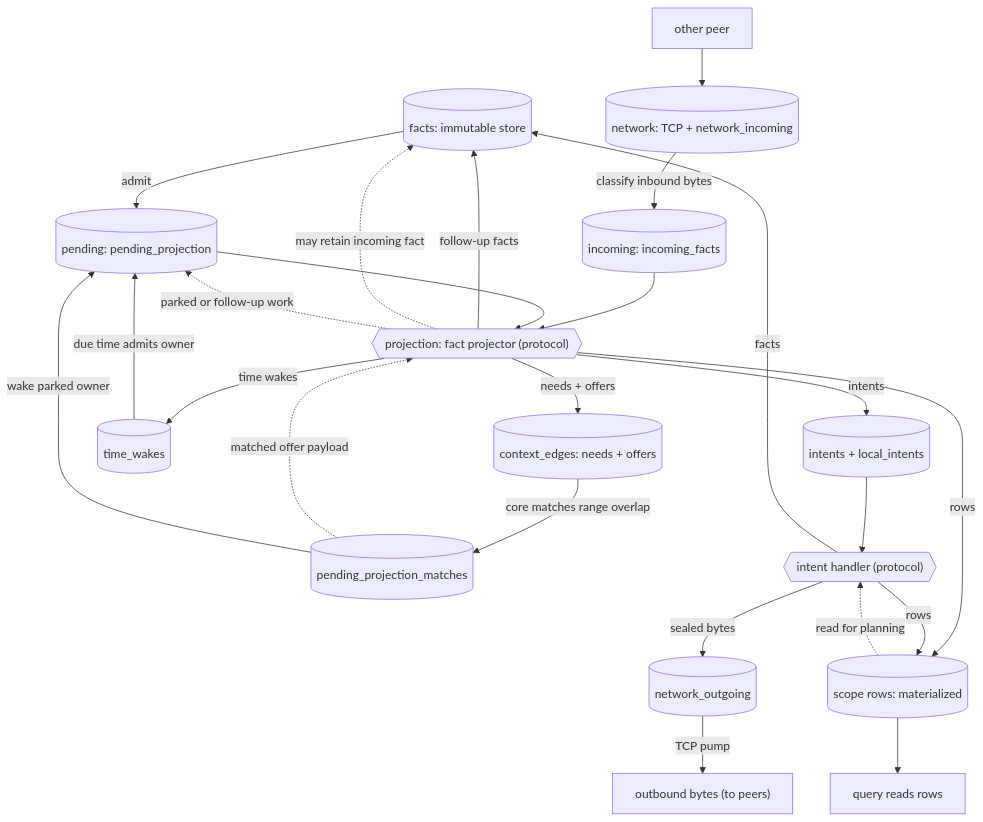
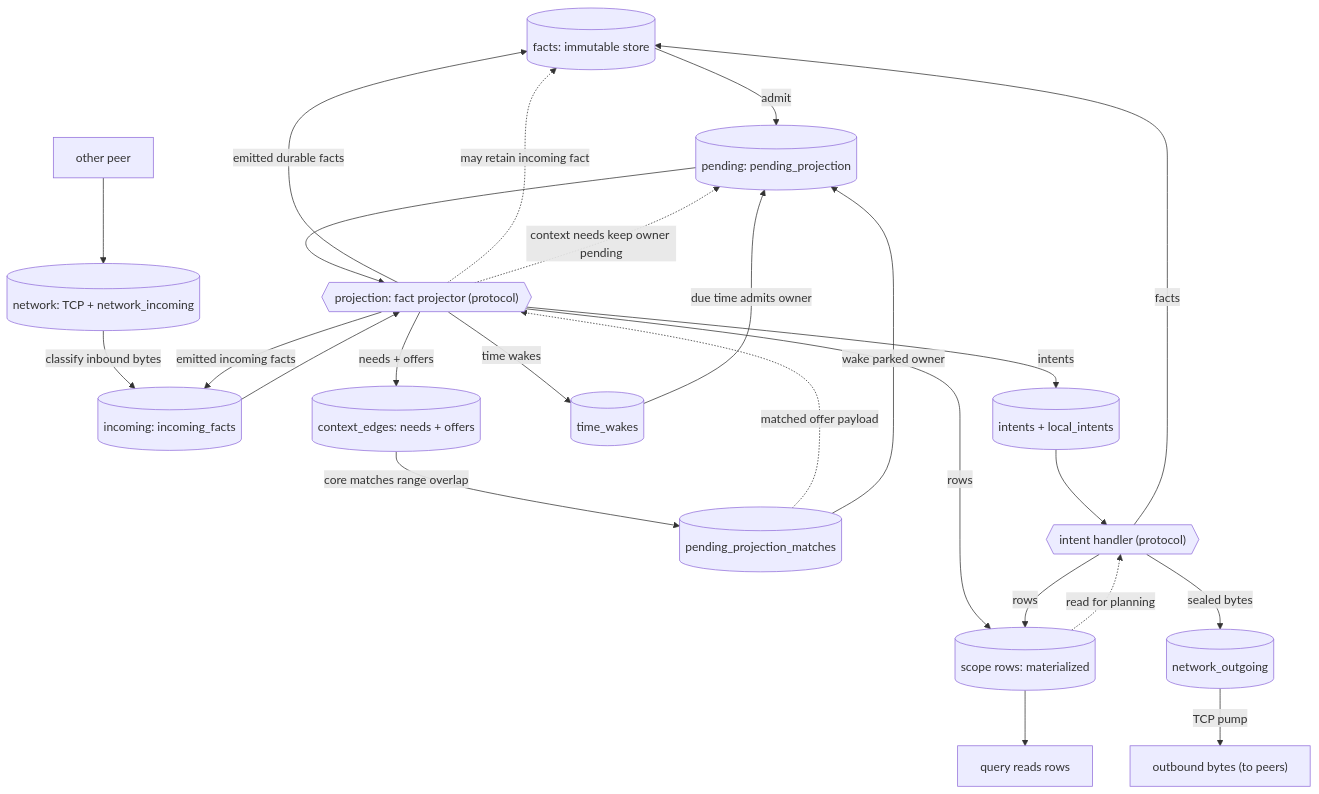
The first of 9 diagrams in ARCHITECTURE_DIAGRAMS.md (holmesworcester/poc-10), drawn with Mermaid before and after one commit. The commit also changed other lines of this file, not shown here.

Commit message:
Tighten architecture diagram text

````diff
--- a/ARCHITECTURE_DIAGRAMS.md
+++ b/ARCHITECTURE_DIAGRAMS.md
@@ -60,47 +63,48 @@
 ```mermaid
 %%{init: {"flowchart": {"wrappingWidth": 300}} }%%
 flowchart TD
     FACTS[("facts: immutable store")]
     PENDING[("pending: pending_projection")]
     PEER["other peer"]
     NETWORK[("network: TCP + network_incoming")]
     INCOMING[("incoming: incoming_facts")]
     PROJECTOR{{"projection: fact projector (protocol)"}}
     CONTEXT[("context_edges: needs + offers")]
     MATCHES[("pending_projection_matches")]
     WAKES[("time_wakes")]
     INTENTS[("intents + local_intents")]
     HANDLER{{"intent handler (protocol)"}}
     OUT[("network_outgoing")]
     NETOUT["outbound bytes (to peers)"]
     ROWS[("scope rows: materialized")]
     QUERY["query reads rows"]
 
     PEER --> NETWORK
     NETWORK -->|classify inbound bytes| INCOMING
     FACTS -->|admit| PENDING
     INCOMING --> PROJECTOR
     PENDING --> PROJECTOR
     MATCHES -.matched offer payload.-> PROJECTOR
 
     PROJECTOR -->|needs + offers| CONTEXT
     PROJECTOR -->|time wakes| WAKES
+    PROJECTOR -->|emitted durable facts| FACTS
+    PROJECTOR -->|emitted incoming facts| INCOMING
     PROJECTOR -->|intents| INTENTS
-    PROJECTOR -->|follow-up facts| FACTS
     PROJECTOR -.may retain incoming fact.-> FACTS
-    PROJECTOR -.parked or follow-up work.-> PENDING
+    PROJECTOR -.context needs keep owner pending.-> PENDING
     PROJECTOR -->|rows| ROWS
 
     CONTEXT -->|core matches range overlap| MATCHES
     MATCHES -->|wake parked owner| PENDING
     WAKES -->|due time admits owner| PENDING
 
     INTENTS --> HANDLER
     HANDLER -->|facts| FACTS
     HANDLER -->|rows| ROWS
     HANDLER -->|sealed bytes| OUT
 
     OUT -->|TCP pump| NETOUT
     ROWS --> QUERY
     ROWS -.read for planning.-> HANDLER
 ```
````
